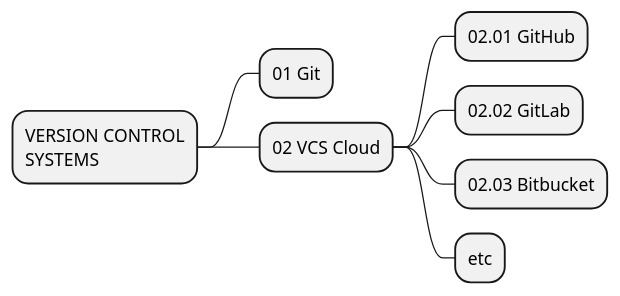
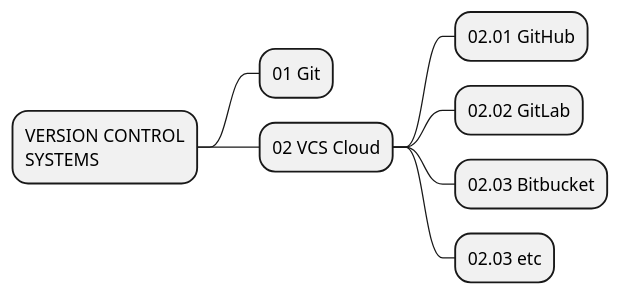
The diagram in diagrams/03-vcs.iuml (mrPronin/edu-web), drawn with PlantUML before and after one commit. The commit also changed 4 other files, not shown here.

```diff
--- a/diagrams/03-vcs.iuml
+++ b/diagrams/03-vcs.iuml
@@ -1,17 +1,17 @@
 @startmindmap VERSION CONTROL SYSTEMS
 <style>
 node {
     MaximumWidth 150
     HorizontalAlignment left
 }
 </style>
 
 + VERSION CONTROL SYSTEMS
 ++ 01 Git
 ++ 02 VCS Cloud
 +++ 02.01 GitHub
 +++ 02.02 GitLab
 +++ 02.03 Bitbucket
-+++ etc
++++ 02.03 etc
 
 @endmindmap
```
